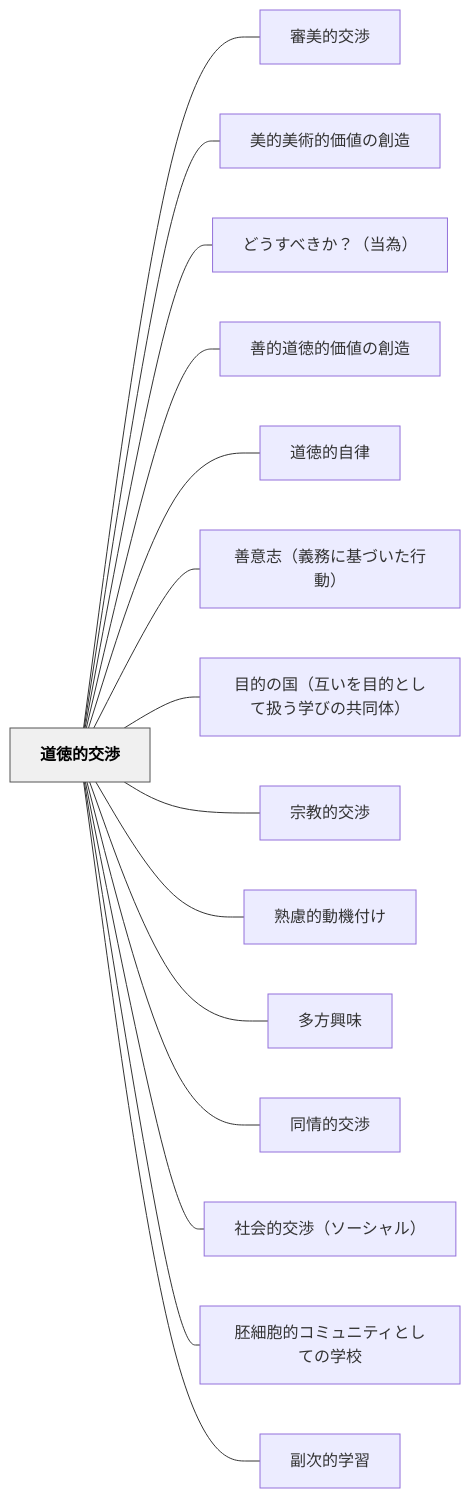
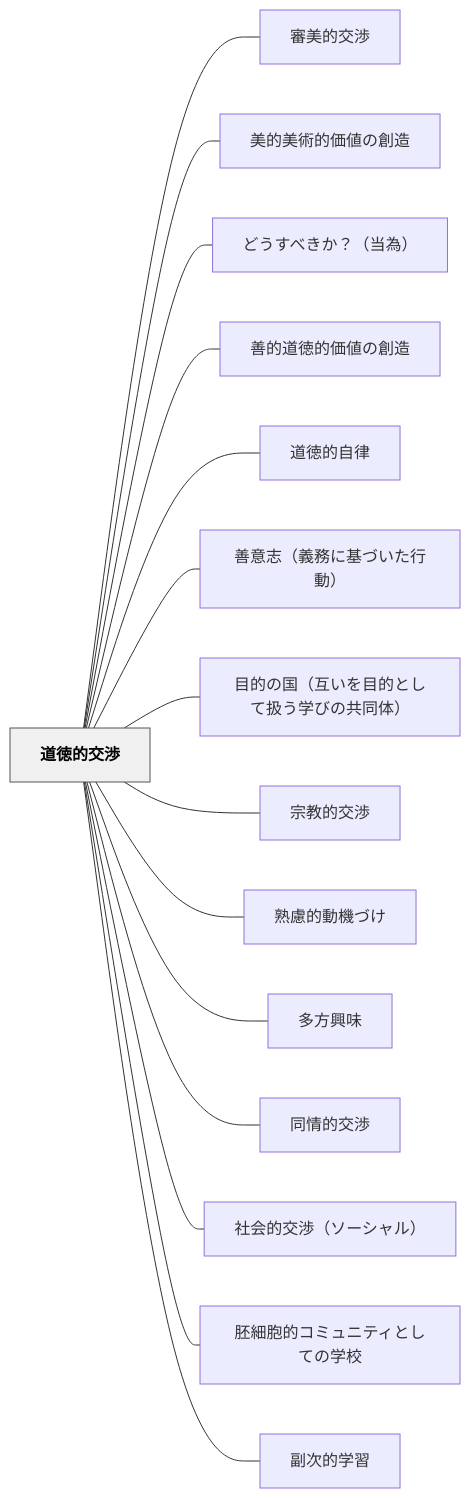
Before and after one commit to unknownthings-ed-patterns/unknownthings-ed-patterns: the diagram in content/パタン/道徳的交渉.md, drawn with Mermaid. The commit also changed other lines of this file and 234 other files, not shown here.

````diff
--- a/content/パタン/道徳的交渉.md
+++ b/content/パタン/道徳的交渉.md
@@ -97,36 +97,36 @@
 ```mermaid
 flowchart LR
     ne98193e5beb3e79a84e4baa4e6b889["道徳的交渉"]
     ne5afa9e7be8ee79a84e4baa4e6b889["審美的交渉"]
     ne7be8ee79a84e7be8ee8a193e79a84e4bea1e580a4e381aee589b5e980a0["美的美術的価値の創造"]
     ne381a9e38186e38199e381b9e3818de3818befbc9fefbc88e5bd93e782baefbc89["どうすべきか？（当為）"]
     ne59684e79a84e98193e5beb3e79a84e4bea1e580a4e381aee589b5e980a0["善的道徳的価値の創造"]
     ne98193e5beb3e79a84e887aae5be8b["道徳的自律"]
     ne59684e6848fe5bf97efbc88e7bea9e58b99e381abe59fbae381a5e38184e3819fe8a18ce58b95efbc89["善意志（義務に基づいた行動）"]
     ne79baee79a84e381aee59bbdefbc88e4ba92e38184e38292e79baee79a84e381a8e38197e381a6e689b1e38186e5ada6e381b3e381aee585b1e5908ce4bd93efbc89["目的の国（互いを目的として扱う学びの共同体）"]
     ne5ae97e69599e79a84e4baa4e6b889["宗教的交渉"]
-    ne7869fe685aee79a84e58b95e6a99fe4bb98e38191["熟慮的動機付け"]
+    ne7869fe685aee79a84e58b95e6a99fe381a5e38191["熟慮的動機づけ"]
     ne5a49ae696b9e88888e591b3["多方興味"]
     ne5908ce68385e79a84e4baa4e6b889["同情的交渉"]
     ne7a4bee4bc9ae79a84e4baa4e6b889efbc88e382bde383bce382b7e383a3e383abefbc89["社会的交渉（ソーシャル）"]
     ne8839ae7b4b0e8839ee79a84e382b3e3839fe383a5e3838be38386e382a3e381a8e38197e381a6e381aee5ada6e6a0a1["胚細胞的コミュニティとしての学校"]
     ne589afe6aca1e79a84e5ada6e7bf92["副次的学習"]
 
     ne98193e5beb3e79a84e4baa4e6b889 --- ne5afa9e7be8ee79a84e4baa4e6b889
     ne98193e5beb3e79a84e4baa4e6b889 --- ne7be8ee79a84e7be8ee8a193e79a84e4bea1e580a4e381aee589b5e980a0
     ne98193e5beb3e79a84e4baa4e6b889 --- ne381a9e38186e38199e381b9e3818de3818befbc9fefbc88e5bd93e782baefbc89
     ne98193e5beb3e79a84e4baa4e6b889 --- ne59684e79a84e98193e5beb3e79a84e4bea1e580a4e381aee589b5e980a0
     ne98193e5beb3e79a84e4baa4e6b889 --- ne98193e5beb3e79a84e887aae5be8b
     ne98193e5beb3e79a84e4baa4e6b889 --- ne59684e6848fe5bf97efbc88e7bea9e58b99e381abe59fbae381a5e38184e3819fe8a18ce58b95efbc89
     ne98193e5beb3e79a84e4baa4e6b889 --- ne79baee79a84e381aee59bbdefbc88e4ba92e38184e38292e79baee79a84e381a8e38197e381a6e689b1e38186e5ada6e381b3e381aee585b1e5908ce4bd93efbc89
     ne98193e5beb3e79a84e4baa4e6b889 --- ne5ae97e69599e79a84e4baa4e6b889
-    ne98193e5beb3e79a84e4baa4e6b889 --- ne7869fe685aee79a84e58b95e6a99fe4bb98e38191
+    ne98193e5beb3e79a84e4baa4e6b889 --- ne7869fe685aee79a84e58b95e6a99fe381a5e38191
     ne98193e5beb3e79a84e4baa4e6b889 --- ne5a49ae696b9e88888e591b3
     ne98193e5beb3e79a84e4baa4e6b889 --- ne5908ce68385e79a84e4baa4e6b889
     ne98193e5beb3e79a84e4baa4e6b889 --- ne7a4bee4bc9ae79a84e4baa4e6b889efbc88e382bde383bce382b7e383a3e383abefbc89
     ne98193e5beb3e79a84e4baa4e6b889 --- ne8839ae7b4b0e8839ee79a84e382b3e3839fe383a5e3838be38386e382a3e381a8e38197e381a6e381aee5ada6e6a0a1
     ne98193e5beb3e79a84e4baa4e6b889 --- ne589afe6aca1e79a84e5ada6e7bf92
 
     classDef hub fill:#f0f0f0,stroke:#555,color:#000,font-weight:bold
     class ne98193e5beb3e79a84e4baa4e6b889 hub
 ```
````
